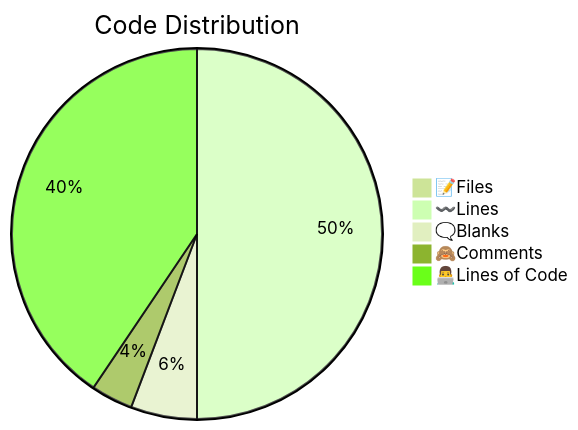
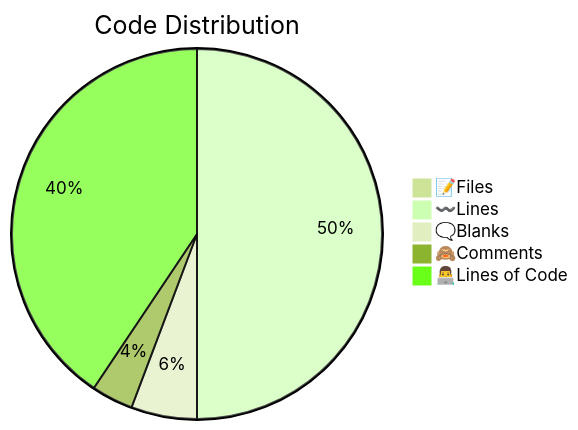
One commit to PyNetic/PyNetic changed the second of 2 diagrams in .github/stats/Code Statistics.md. Above: the diagram before and after it, drawn with Mermaid (forest theme). The commit also changed other lines of this file, not shown here.

````diff
--- a/.github/stats/Code Statistics.md
+++ b/.github/stats/Code Statistics.md
@@ -21,8 +21,8 @@
 ```mermaid
 pie title Code Distribution
     "📝Files" : 40
-    "〰️Lines" : 2681
-    "🗨️Blanks" : 310
+    "〰️Lines" : 2689
+    "🗨️Blanks" : 309
     "🙈Comments" : 196
-    "👨‍💻Lines of Code" : 2175
+    "👨‍💻Lines of Code" : 2184
 ```
````
